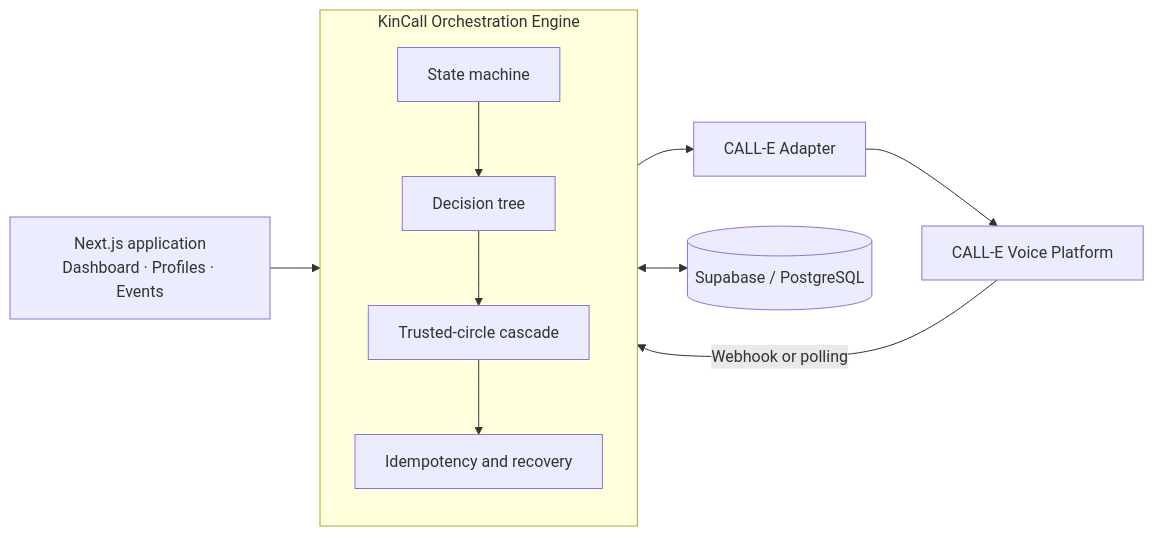
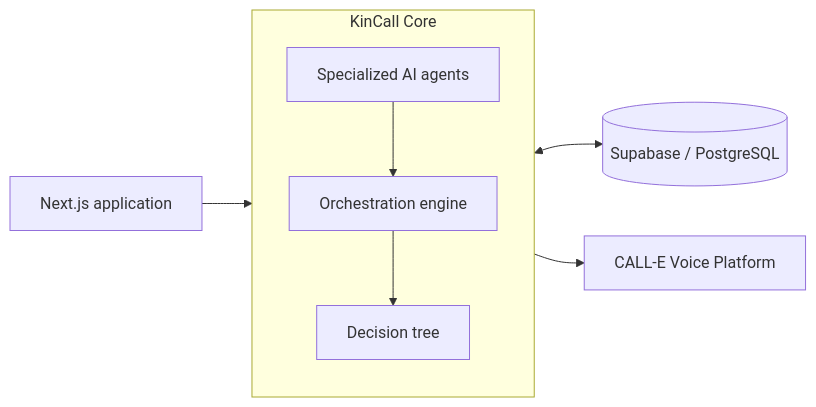
One commit to JuriSOK/kincall changed the second of 2 diagrams in README.md. Above: the diagram before and after it, drawn with Mermaid. The commit also changed other lines of this file, not shown here.

````diff
--- a/README.md
+++ b/README.md
@@ -335,25 +227,20 @@
 ```mermaid
 flowchart LR
-    UI["Next.js application<br/>Dashboard · Profiles · Events"]
+    UI["Next.js application"]
 
-    subgraph ENGINE["KinCall Orchestration Engine"]
-        STATE["State machine"]
+    subgraph CORE["KinCall Core"]
+        AGENTS["Specialized AI agents"]
+        ENGINE["Orchestration engine"]
         TREE["Decision tree"]
-        CASCADE["Trusted-circle cascade"]
-        RECOVERY["Idempotency and recovery"]
 
-        STATE --> TREE
-        TREE --> CASCADE
-        CASCADE --> RECOVERY
+        AGENTS --> ENGINE
+        ENGINE --> TREE
     end
 
-    ADAPTER["CALL-E Adapter"]
-    DB[("Supabase / PostgreSQL")]
-    VOICE["CALL-E Voice Platform"]
+    DATABASE[("Supabase / PostgreSQL")]
+    CALLE["CALL-E Voice Platform"]
 
-    UI --> ENGINE
-    ENGINE <--> DB
-    ENGINE --> ADAPTER
-    ADAPTER --> VOICE
-    VOICE -->|"Webhook or polling"| ENGINE
+    UI --> CORE
+    CORE <--> DATABASE
+    CORE --> CALLE
 ```
````
